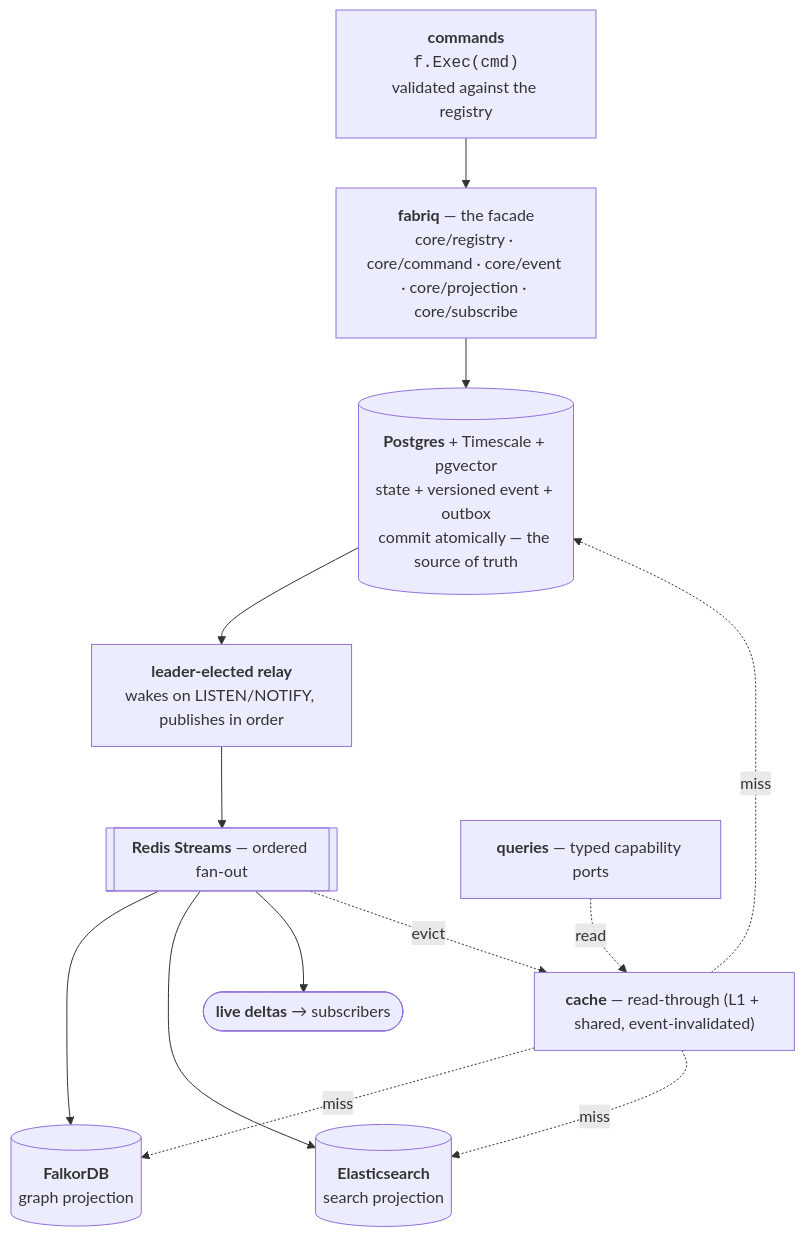
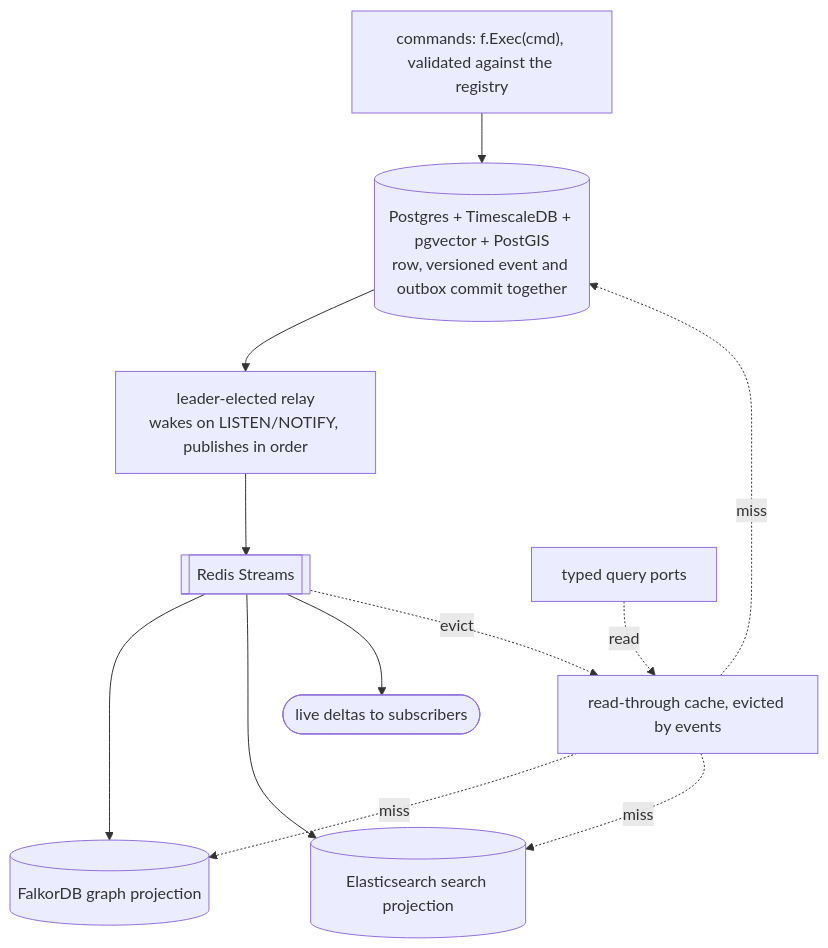
One commit to xraph/fabriq changed the diagram in README.md. Above: the diagram before and after it, drawn with Mermaid. The commit also changed other lines of this file and 1 other file, not shown here.

````diff
--- a/README.md
+++ b/README.md
@@ -27,23 +177,22 @@
 ```mermaid
 flowchart TD
-    CMD["<b>commands</b><br/><code>f.Exec(cmd)</code><br/>validated against the registry"]
-    FABRIC["<b>fabriq</b> — the facade<br/>core/registry · core/command · core/event · core/projection · core/subscribe"]
-    PG[("<b>Postgres</b> + Timescale + pgvector<br/>state + versioned event + outbox<br/>commit atomically — the source of truth")]
-    RELAY["<b>leader-elected relay</b><br/>wakes on LISTEN/NOTIFY, publishes in order"]
-    REDIS[["<b>Redis Streams</b> — ordered fan-out"]]
-    GRAPH[("<b>FalkorDB</b><br/>graph projection")]
-    ES[("<b>Elasticsearch</b><br/>search projection")]
-    SUBS(["<b>live deltas</b> → subscribers"])
-    CACHE["<b>cache</b> — read-through (L1 + shared, event-invalidated)"]
-    PORTS["<b>queries</b> — typed capability ports"]
+    CMD["commands: f.Exec(cmd), validated against the registry"]
+    PG[("Postgres + TimescaleDB + pgvector + PostGIS<br/>row, versioned event and outbox commit together")]
+    RELAY["leader-elected relay<br/>wakes on LISTEN/NOTIFY, publishes in order"]
+    REDIS[["Redis Streams"]]
+    GRAPH[("FalkorDB graph projection")]
+    ES[("Elasticsearch search projection")]
+    SUBS(["live deltas to subscribers"])
+    CACHE["read-through cache, evicted by events"]
+    PORTS["typed query ports"]
 
-    CMD --> FABRIC --> PG --> RELAY --> REDIS
+    CMD --> PG --> RELAY --> REDIS
     REDIS --> GRAPH
     REDIS --> ES
     REDIS --> SUBS
+    REDIS -. evict .-> CACHE
     PORTS -. read .-> CACHE
     CACHE -. miss .-> PG
     CACHE -. miss .-> GRAPH
     CACHE -. miss .-> ES
-    REDIS -. evict .-> CACHE
 ```
````
